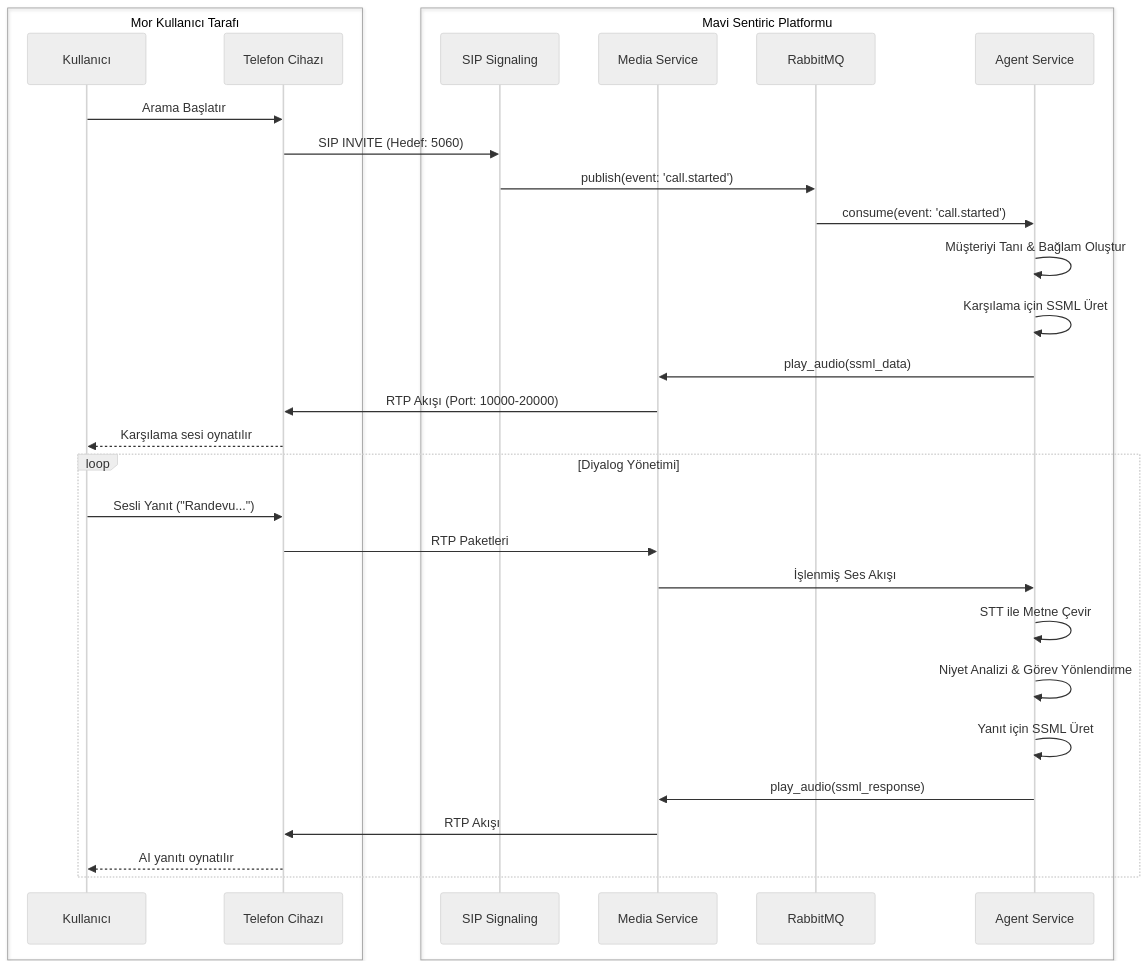
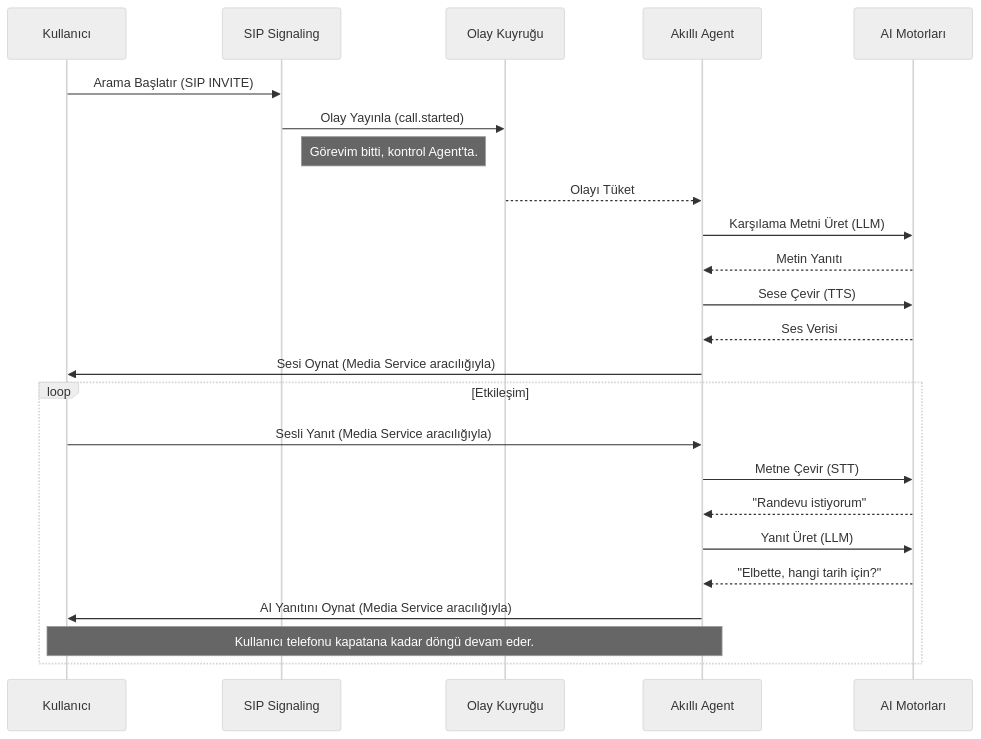
One commit to sentiric/sentiric-governance changed the second of 2 diagrams in docs/blueprint/Architecture-Overview.md. Above: the diagram before and after it, drawn with Mermaid (neutral theme). The commit also changed other lines of this file and 3 other files, not shown here.

First line of the commit message:
docs: Finalize v8.1 architecture and define deployment models

````diff
--- a/docs/blueprint/Architecture-Overview.md
+++ b/docs/blueprint/Architecture-Overview.md
@@ -171,40 +91,29 @@
 ```mermaid
 sequenceDiagram
-    box Mor Kullanıcı Tarafı
-        participant K as Kullanıcı
-        participant T as Telefon Cihazı
-    end
+    participant User as Kullanıcı
+    participant SipService as SIP Signaling
+    participant RabbitMQ as Olay Kuyruğu
+    participant AgentService as Akıllı Agent
+    participant AI_Services as AI Motorları
+
+    User->>SipService: Arama Başlatır (SIP INVITE)
+    SipService->>RabbitMQ: Olay Yayınla (call.started)
+    note right of SipService: Görevim bitti, kontrol Agent'ta.
+
+    RabbitMQ-->>AgentService: Olayı Tüket
+    AgentService->>AI_Services: Karşılama Metni Üret (LLM)
+    AI_Services-->>AgentService: Metin Yanıtı
+    AgentService->>AI_Services: Sese Çevir (TTS)
+    AI_Services-->>AgentService: Ses Verisi
+    AgentService->>User: Sesi Oynat (Media Service aracılığıyla)
     
-    box Mavi Sentiric Platformu
-        participant SG as SIP Signaling
-        participant MS as Media Service
-        participant MQ as RabbitMQ
-        participant AS as Agent Service
-    end
-    
-    K->>T: Arama Başlatır
-    T->>SG: SIP INVITE (Hedef: 5060)
-    SG->>MQ: publish(event: 'call.started')
-    MQ->>AS: consume(event: 'call.started')
-    
-    AS->>AS: Müşteriyi Tanı & Bağlam Oluştur
-    AS->>AS: Karşılama için SSML Üret
-    AS->>MS: play_audio(ssml_data)
-    
-    MS->>T: RTP Akışı (Port: 10000-20000)
-    T-->>K: Karşılama sesi oynatılır
-
-    loop Diyalog Yönetimi
-        K->>T: Sesli Yanıt ("Randevu...")
-        T->>MS: RTP Paketleri
-        MS->>AS: İşlenmiş Ses Akışı
-        
-        AS->>AS: STT ile Metne Çevir
-        AS->>AS: Niyet Analizi & Görev Yönlendirme
-        AS->>AS: Yanıt için SSML Üret
-        
-        AS->>MS: play_audio(ssml_response)
-        MS->>T: RTP Akışı
-        T-->>K: AI yanıtı oynatılır
+    loop Etkileşim
+        User->>AgentService: Sesli Yanıt (Media Service aracılığıyla)
+        AgentService->>AI_Services: Metne Çevir (STT)
+        AI_Services-->>AgentService: "Randevu istiyorum"
+        AgentService->>AI_Services: Yanıt Üret (LLM)
+        AI_Services-->>AgentService: "Elbette, hangi tarih için?"
+        AgentService->>User: AI Yanıtını Oynat (Media Service aracılığıyla)
+        note over User, AgentService: Kullanıcı telefonu kapatana kadar döngü devam eder.
     end
 ```
````
